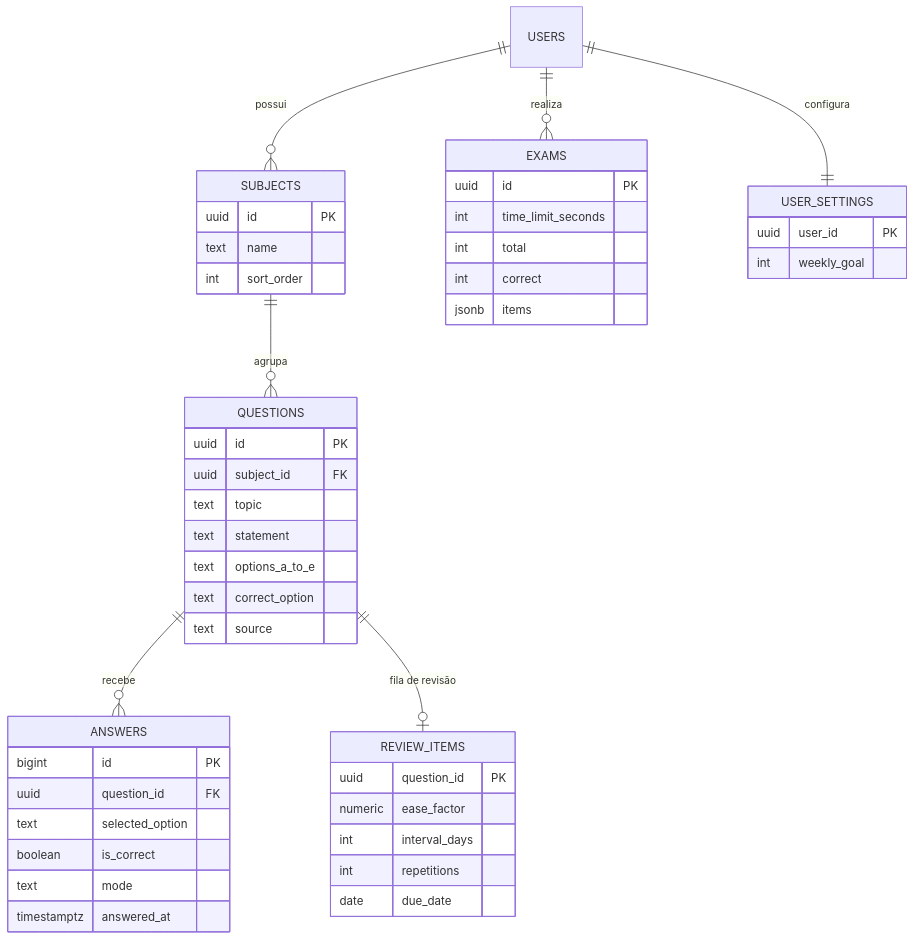
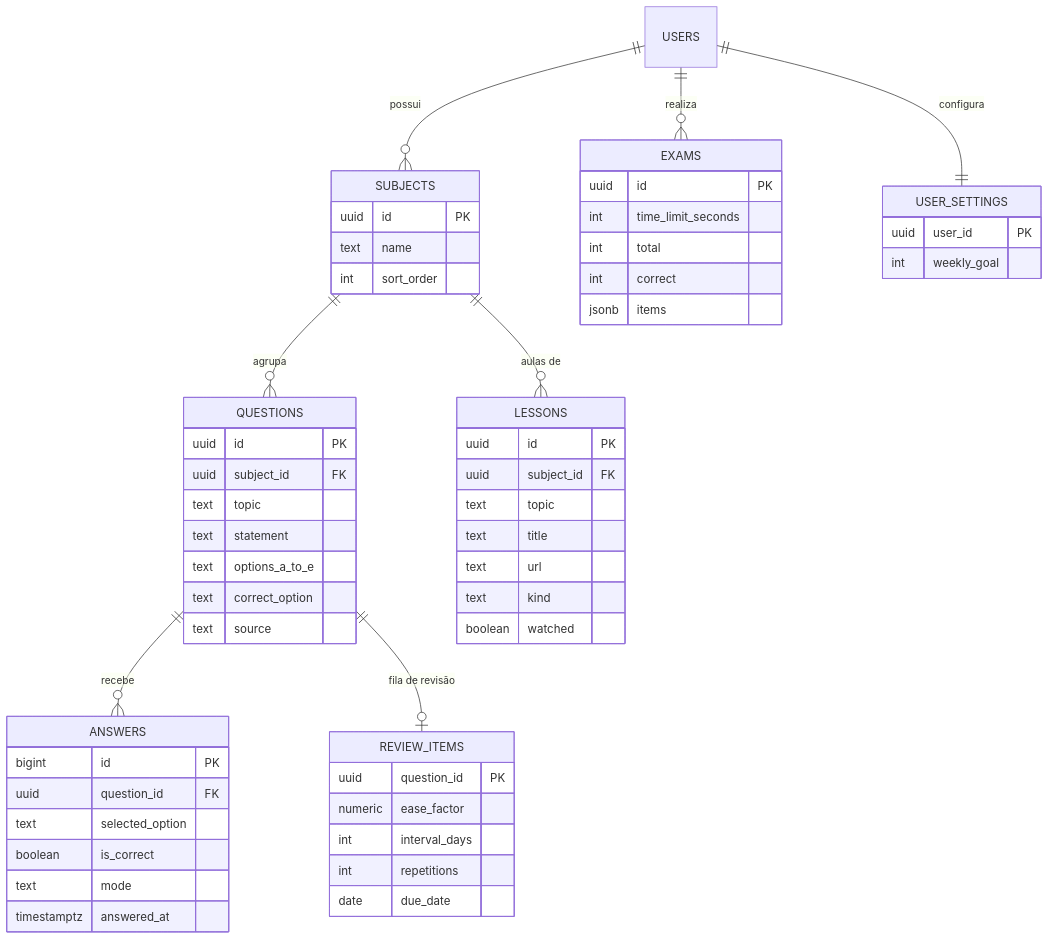
Before and after one commit to DraciusJotan/escreventepro: the diagram in docs/banco-de-dados.md, drawn with Mermaid. The commit also changed other lines of this file and 14 other files, not shown here.

````diff
--- a/docs/banco-de-dados.md
+++ b/docs/banco-de-dados.md
@@ -7,50 +7,60 @@
 ```mermaid
 erDiagram
   USERS ||--o{ SUBJECTS : possui
   SUBJECTS ||--o{ QUESTIONS : agrupa
   QUESTIONS ||--o{ ANSWERS : recebe
   QUESTIONS ||--o| REVIEW_ITEMS : "fila de revisão"
   USERS ||--o{ EXAMS : realiza
   USERS ||--|| USER_SETTINGS : configura
+  SUBJECTS ||--o{ LESSONS : "aulas de"
 
   SUBJECTS {
     uuid id PK
     text name
     int sort_order
   }
   QUESTIONS {
     uuid id PK
     uuid subject_id FK
     text topic
     text statement
     text options_a_to_e
     text correct_option
     text source
   }
   ANSWERS {
     bigint id PK
     uuid question_id FK
     text selected_option
     boolean is_correct
     text mode
     timestamptz answered_at
   }
   REVIEW_ITEMS {
     uuid question_id PK
     numeric ease_factor
     int interval_days
     int repetitions
     date due_date
   }
   EXAMS {
     uuid id PK
     int time_limit_seconds
     int total
     int correct
     jsonb items
   }
   USER_SETTINGS {
     uuid user_id PK
     int weekly_goal
   }
+  LESSONS {
+    uuid id PK
+    uuid subject_id FK
+    text topic
+    text title
+    text url
+    text kind
+    boolean watched
+  }
 ```
````
